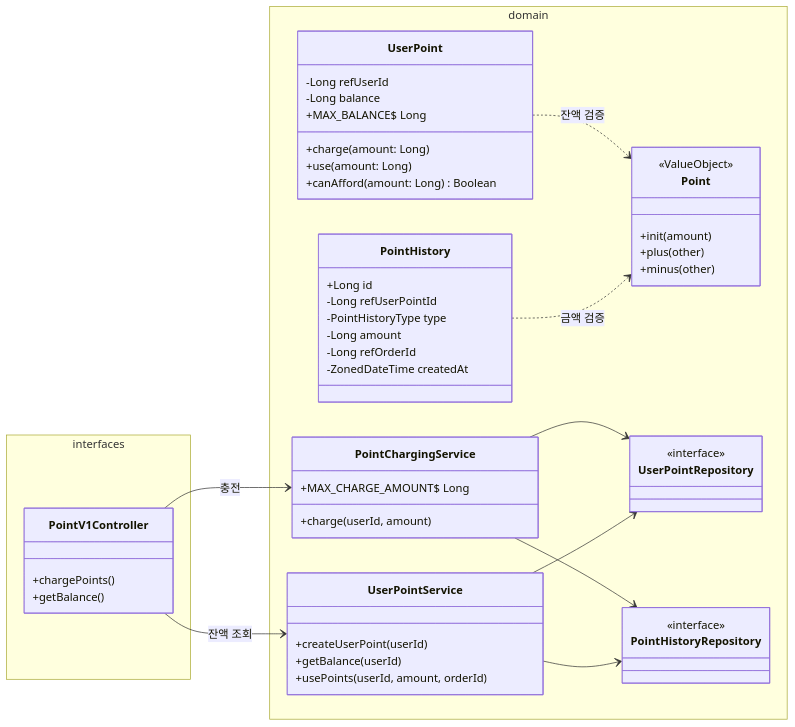
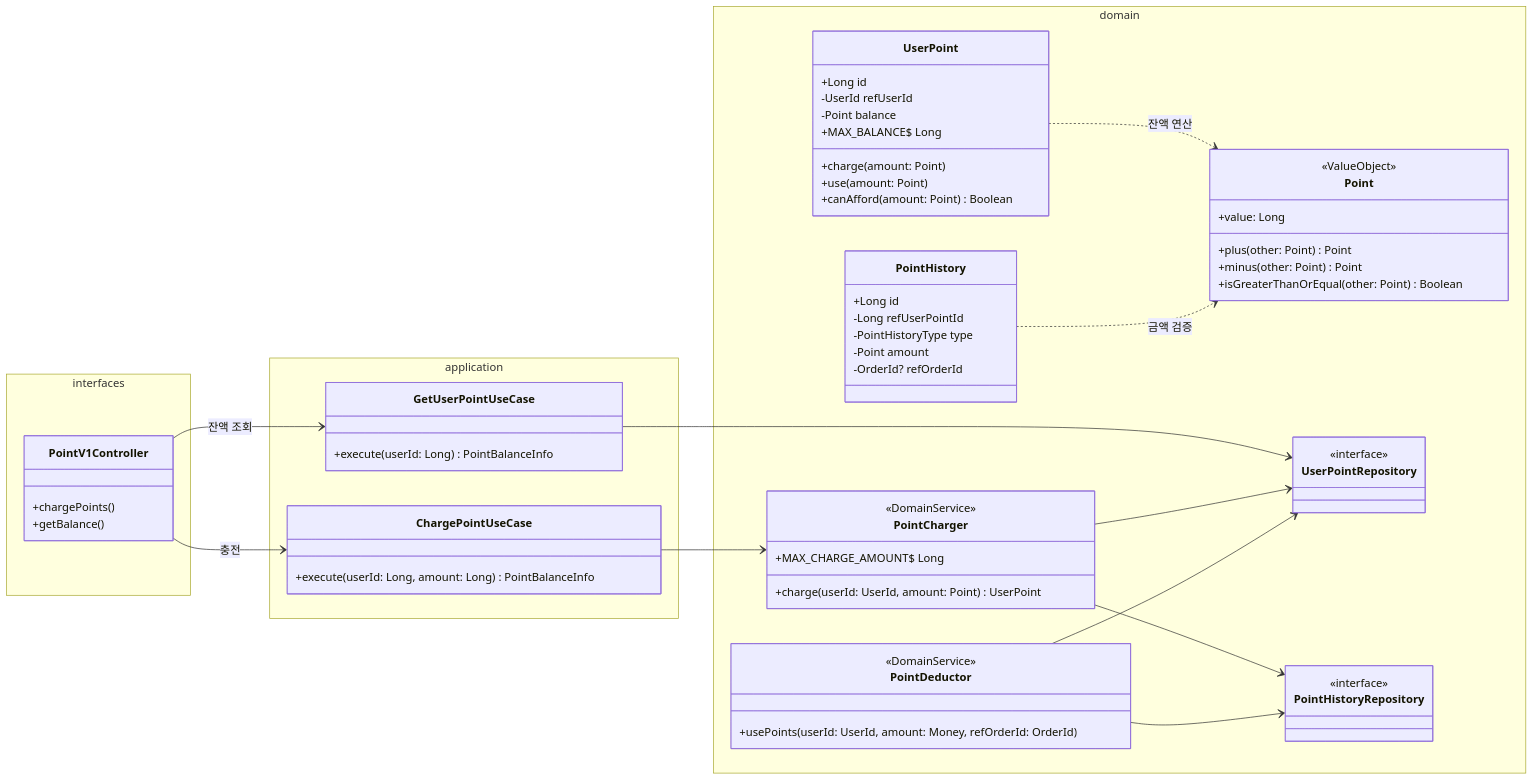
One commit to Loopers-dev-lab/loop-pack-be-l2-vol3-kotlin changed the sixth of 8 diagrams in docs/design/03-class-diagram.md. Above: the diagram before and after it, drawn with Mermaid. The commit also changed other lines of this file and 6 other files, not shown here.

First line of the commit message:
docs: 설계 문서 최신화 — Facade/Service → UseCase 패턴 반영

````diff
--- a/docs/design/03-class-diagram.md
+++ b/docs/design/03-class-diagram.md
@@ -491,60 +555,72 @@
 ```mermaid
 classDiagram
     direction LR
 
     namespace interfaces {
         class PointV1Controller {
             +chargePoints()
             +getBalance()
         }
     }
 
+    namespace application {
+        class ChargePointUseCase {
+            +execute(userId: Long, amount: Long) PointBalanceInfo
+        }
+        class GetUserPointUseCase {
+            +execute(userId: Long) PointBalanceInfo
+        }
+    }
+
     namespace domain {
         class UserPoint {
-            -Long refUserId
-            -Long balance
+            +Long id
+            -UserId refUserId
+            -Point balance
             +MAX_BALANCE$ Long
-            +charge(amount: Long)
-            +use(amount: Long)
-            +canAfford(amount: Long) Boolean
+            +charge(amount: Point)
+            +use(amount: Point)
+            +canAfford(amount: Point) Boolean
         }
         class PointHistory {
             +Long id
             -Long refUserPointId
             -PointHistoryType type
-            -Long amount
-            -Long refOrderId
-            -ZonedDateTime createdAt
+            -Point amount
+            -OrderId? refOrderId
         }
         class Point {
             <<ValueObject>>
-            +init(amount)
-            +plus(other)
-            +minus(other)
+            +value: Long
+            +plus(other: Point) Point
+            +minus(other: Point) Point
+            +isGreaterThanOrEqual(other: Point) Boolean
         }
-        class PointChargingService {
+        class PointCharger {
+            <<DomainService>>
             +MAX_CHARGE_AMOUNT$ Long
-            +charge(userId, amount)
+            +charge(userId: UserId, amount: Point) UserPoint
         }
-        class UserPointService {
-            +createUserPoint(userId)
-            +getBalance(userId)
-            +usePoints(userId, amount, orderId)
+        class PointDeductor {
+            <<DomainService>>
+            +usePoints(userId: UserId, amount: Money, refOrderId: OrderId)
         }
         class UserPointRepository {
             <<interface>>
         }
         class PointHistoryRepository {
             <<interface>>
         }
     }
 
-    PointV1Controller --> PointChargingService: 충전
-    PointV1Controller --> UserPointService: 잔액 조회
-    PointChargingService --> UserPointRepository
-    PointChargingService --> PointHistoryRepository
-    UserPointService --> UserPointRepository
-    UserPointService --> PointHistoryRepository
-    UserPoint ..> Point: 잔액 검증
+    PointV1Controller --> ChargePointUseCase: 충전
+    PointV1Controller --> GetUserPointUseCase: 잔액 조회
+    ChargePointUseCase --> PointCharger
+    GetUserPointUseCase --> UserPointRepository
+    PointCharger --> UserPointRepository
+    PointCharger --> PointHistoryRepository
+    PointDeductor --> UserPointRepository
+    PointDeductor --> PointHistoryRepository
+    UserPoint ..> Point: 잔액 연산
     PointHistory ..> Point: 금액 검증
 ```
````
